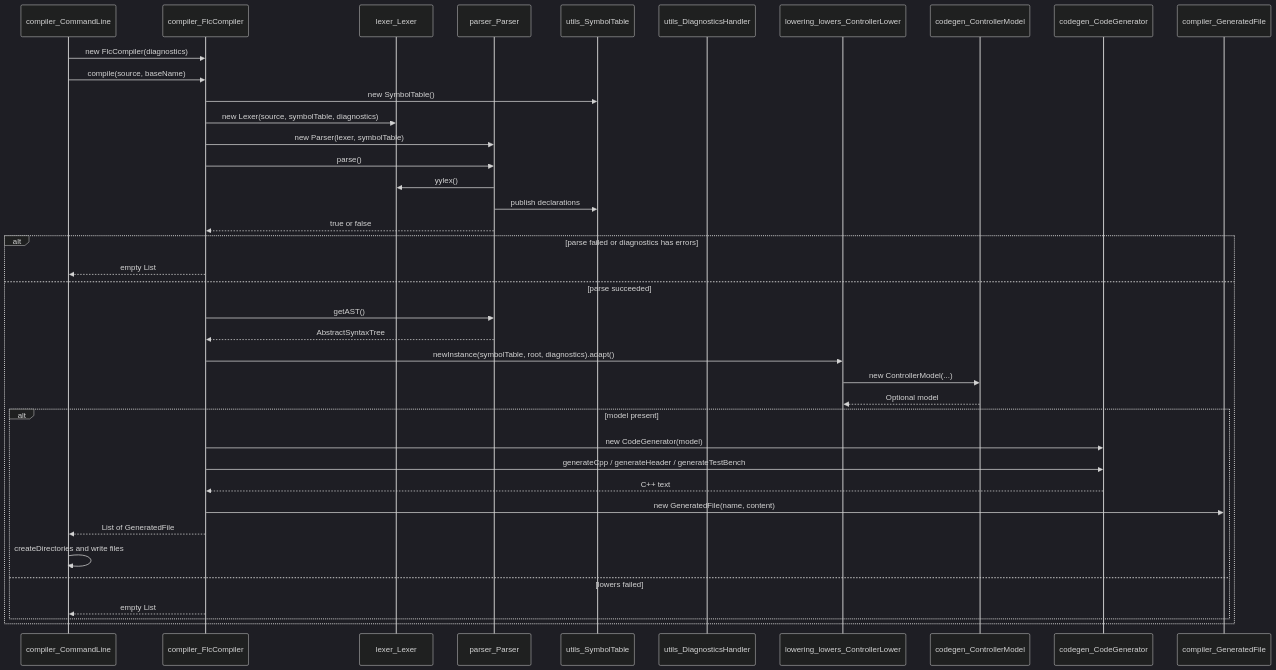
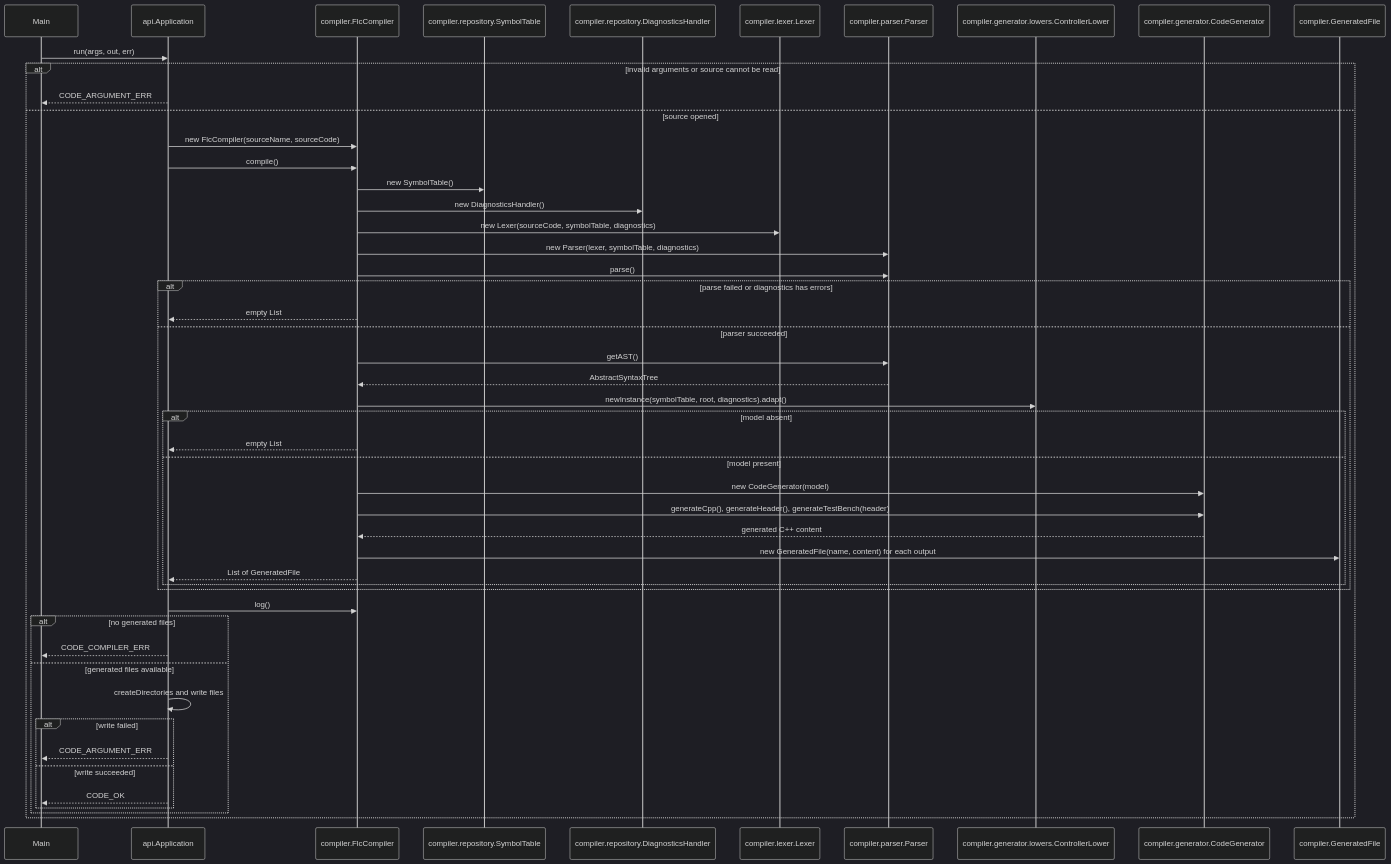
One commit to PascalUser/FLC-IEC61131-7 changed the diagram in doc/diagrams/compiler_pipeline_sequence.mmd. Above: the diagram before and after it, drawn with Mermaid (dark theme). The commit also changed 3 other files, not shown here.

```diff
--- a/doc/diagrams/compiler_pipeline_sequence.mmd
+++ b/doc/diagrams/compiler_pipeline_sequence.mmd
@@ -1,40 +1,51 @@
 sequenceDiagram
-    participant CLI as compiler_CommandLine
-    participant C as compiler_FlcCompiler
-    participant L as lexer_Lexer
-    participant P as parser_Parser
-    participant S as utils_SymbolTable
-    participant D as utils_DiagnosticsHandler
-    participant R as lowering_lowers_ControllerLower
-    participant M as codegen_ControllerModel
-    participant G as codegen_CodeGenerator
-    participant F as compiler_GeneratedFile
+    participant Main as Main
+    participant CLI as api.Application
+    participant C as compiler.FlcCompiler
+    participant S as compiler.repository.SymbolTable
+    participant D as compiler.repository.DiagnosticsHandler
+    participant L as compiler.lexer.Lexer
+    participant P as compiler.parser.Parser
+    participant R as compiler.generator.lowers.ControllerLower
+    participant G as compiler.generator.CodeGenerator
+    participant F as compiler.GeneratedFile
 
-    CLI->>C: new FlcCompiler(diagnostics)
-    CLI->>C: compile(source, baseName)
-    C->>S: new SymbolTable()
-    C->>L: new Lexer(source, symbolTable, diagnostics)
-    C->>P: new Parser(lexer, symbolTable)
-    C->>P: parse()
-    P->>L: yylex()
-    P->>S: publish declarations
-    P-->>C: true or false
-    alt parse failed or diagnostics has errors
-        C-->>CLI: empty List
-    else parse succeeded
-        C->>P: getAST()
-        P-->>C: AbstractSyntaxTree
-        C->>R: newInstance(symbolTable, root, diagnostics).adapt()
-        R->>M: new ControllerModel(...)
-        M-->>R: Optional model
-        alt model present
-            C->>G: new CodeGenerator(model)
-            C->>G: generateCpp / generateHeader / generateTestBench
-            G-->>C: C++ text
-            C->>F: new GeneratedFile(name, content)
-            C-->>CLI: List of GeneratedFile
+    Main->>CLI: run(args, out, err)
+    alt invalid arguments or source cannot be read
+        CLI-->>Main: CODE_ARGUMENT_ERR
+    else source opened
+        CLI->>C: new FlcCompiler(sourceName, sourceCode)
+        CLI->>C: compile()
+        C->>S: new SymbolTable()
+        C->>D: new DiagnosticsHandler()
+        C->>L: new Lexer(sourceCode, symbolTable, diagnostics)
+        C->>P: new Parser(lexer, symbolTable, diagnostics)
+        C->>P: parse()
+        alt parse failed or diagnostics has errors
+            C-->>CLI: empty List
+        else parser succeeded
+            C->>P: getAST()
+            P-->>C: AbstractSyntaxTree
+            C->>R: newInstance(symbolTable, root, diagnostics).adapt()
+            alt model absent
+                C-->>CLI: empty List
+            else model present
+                C->>G: new CodeGenerator(model)
+                C->>G: generateCpp(), generateHeader(), generateTestBench(header)
+                G-->>C: generated C++ content
+                C->>F: new GeneratedFile(name, content) for each output
+                C-->>CLI: List of GeneratedFile
+            end
+        end
+        CLI->>C: log()
+        alt no generated files
+            CLI-->>Main: CODE_COMPILER_ERR
+        else generated files available
             CLI->>CLI: createDirectories and write files
-        else lowers failed
-            C-->>CLI: empty List
+            alt write failed
+                CLI-->>Main: CODE_ARGUMENT_ERR
+            else write succeeded
+                CLI-->>Main: CODE_OK
+            end
         end
     end
```
